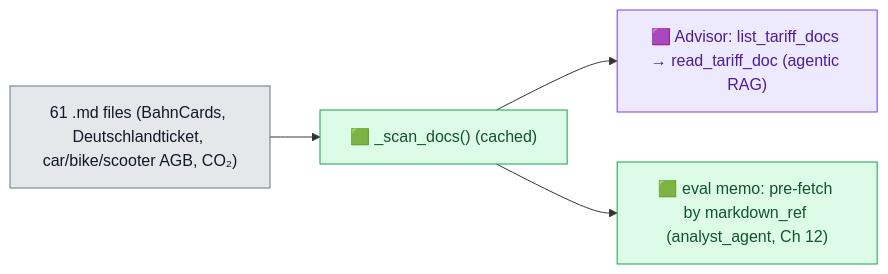
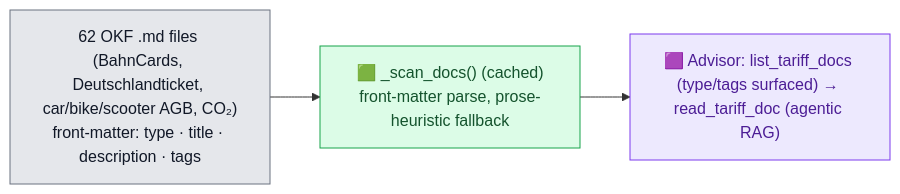
The tenth of 13 diagrams in DELIVERABLES/BACKEND_ARCHITECTURE_REPORT.md (tjorgeo/AIIM_DB_mobility_advisior), drawn with Mermaid before and after one commit. The commit also changed other lines of this file and 19 other files, not shown here.

````diff
--- a/DELIVERABLES/BACKEND_ARCHITECTURE_REPORT.md
+++ b/DELIVERABLES/BACKEND_ARCHITECTURE_REPORT.md
@@ -389,12 +435,11 @@
 ```mermaid
 flowchart LR
-    FS["61 .md files (BahnCards, Deutschlandticket, car/bike/scooter AGB, CO₂)"] --> SCAN["🟩 _scan_docs() (cached)"]
-    SCAN --> AG["🟪 Advisor: list_tariff_docs → read_tariff_doc (agentic RAG)"]
-    SCAN --> EV["🟩 eval memo: pre-fetch by markdown_ref (analyst_agent, Ch 12)"]
+    FS["62 OKF .md files (BahnCards, Deutschlandticket, car/bike/scooter AGB, CO₂)<br/>front-matter: type · title · description · tags"] --> SCAN["🟩 _scan_docs() (cached)<br/>front-matter parse, prose-heuristic fallback"]
+    SCAN --> AG["🟪 Advisor: list_tariff_docs (type/tags surfaced) → read_tariff_doc (agentic RAG)"]
     classDef det fill:#dcfce7,stroke:#16a34a,color:#14532d;
     classDef agent fill:#ede9fe,stroke:#7c3aed,color:#4c1d95;
     classDef store fill:#e5e7eb,stroke:#6b7280,color:#111827;
-    class SCAN,EV det;
+    class SCAN det;
     class AG agent;
     class FS store;
 ```
````
